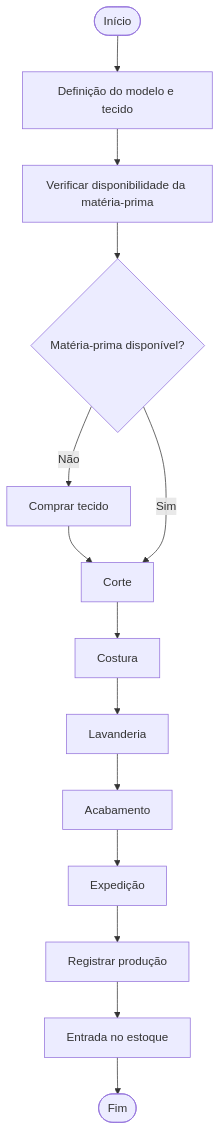
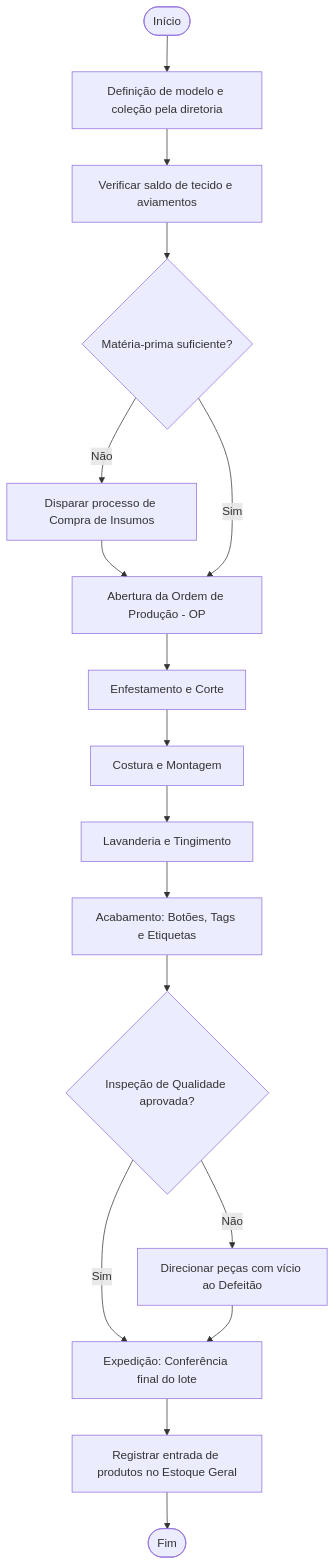
One commit to FortesLucas208/DataBaseActivity changed the first of 12 diagrams in README.md. Above: the diagram before and after it, drawn with Mermaid. The commit also changed other lines of this file, not shown here.

````diff
--- a/README.md
+++ b/README.md
@@ -115,16 +153,19 @@
 ```mermaid
-  flowchart TD
-    A([Início]) --> B[Definição do modelo e tecido]
-    B --> C[Verificar disponibilidade da matéria-prima]
-    C --> D{Matéria-prima disponível?}
-    D -- Não --> E[Comprar tecido]
-    E --> F[Corte]
+flowchart TD
+    A([Início]) --> B[Definição de modelo e coleção pela diretoria]
+    B --> C[Verificar saldo de tecido e aviamentos]
+    C --> D{Matéria-prima suficiente?}
+    D -- Não --> E[Disparar processo de Compra de Insumos]
+    E --> F[Abertura da Ordem de Produção - OP]
     D -- Sim --> F
-    F --> G[Costura]
-    G --> H[Lavanderia]
-    H --> I[Acabamento]
-    I --> J[Expedição]
-    J --> K[Registrar produção]
-    K --> L[Entrada no estoque]
-    L --> M([Fim])
+    F --> G[Enfestamento e Corte]
+    G --> H[Costura e Montagem]
+    H --> I[Lavanderia e Tingimento]
+    I --> J[Acabamento: Botões, Tags e Etiquetas]
+    J --> K{Inspeção de Qualidade aprovada?}
+    K -- Não --> L[Direcionar peças com vício ao Defeitão]
+    K -- Sim --> M[Expedição: Conferência final do lote]
+    L --> M
+    M --> N[Registrar entrada de produtos no Estoque Geral]
+    N --> O([Fim])
 ```
````
